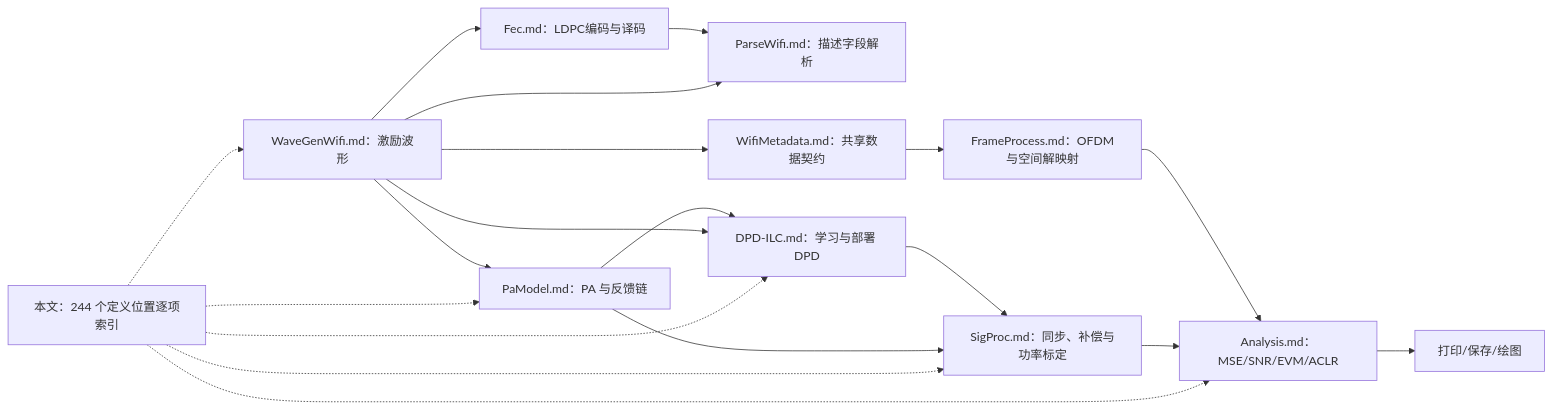
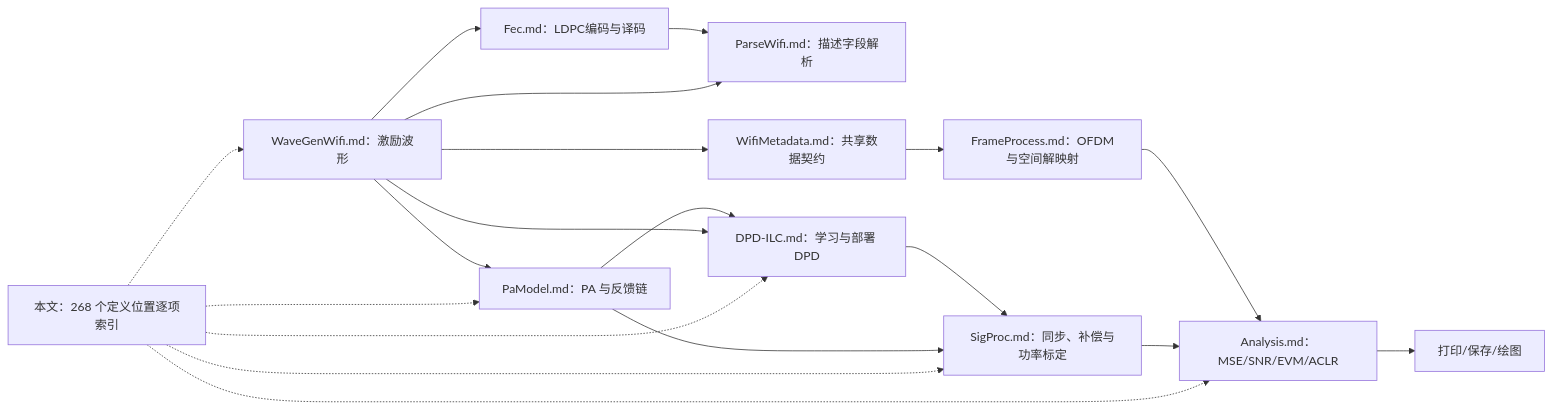
Before and after one commit to niyilu45/DPD_ILC: the diagram in doc/FunctionPrinciples.md, drawn with Mermaid. The commit also changed other lines of this file and 17 other files, not shown here.

````diff
--- a/doc/FunctionPrinciples.md
+++ b/doc/FunctionPrinciples.md
@@ -20,21 +20,21 @@
 ```mermaid
 flowchart LR
     wave["WaveGenWifi.md：激励波形"] --> pa["PaModel.md：PA 与反馈链"]
     wave --> fec["Fec.md：LDPC编码与译码"]
     fec --> parser["ParseWifi.md：描述字段解析"]
     wave --> parser
     pa --> ilc["DPD-ILC.md：学习与部署 DPD"]
     wave --> ilc
     ilc --> sync["SigProc.md：同步、补偿与功率标定"]
     wave --> metadata["WifiMetadata.md：共享数据契约"]
     metadata --> frame["FrameProcess.md：OFDM与空间解映射"]
     frame --> analysis
     pa --> sync
     sync --> analysis["Analysis.md：MSE/SNR/EVM/ACLR"]
     analysis --> report["打印/保存/绘图"]
-    audit["本文：244 个定义位置逐项索引"] -.-> wave
+    audit["本文：268 个定义位置逐项索引"] -.-> wave
     audit -.-> pa
     audit -.-> ilc
     audit -.-> sync
     audit -.-> analysis
 ```
````
